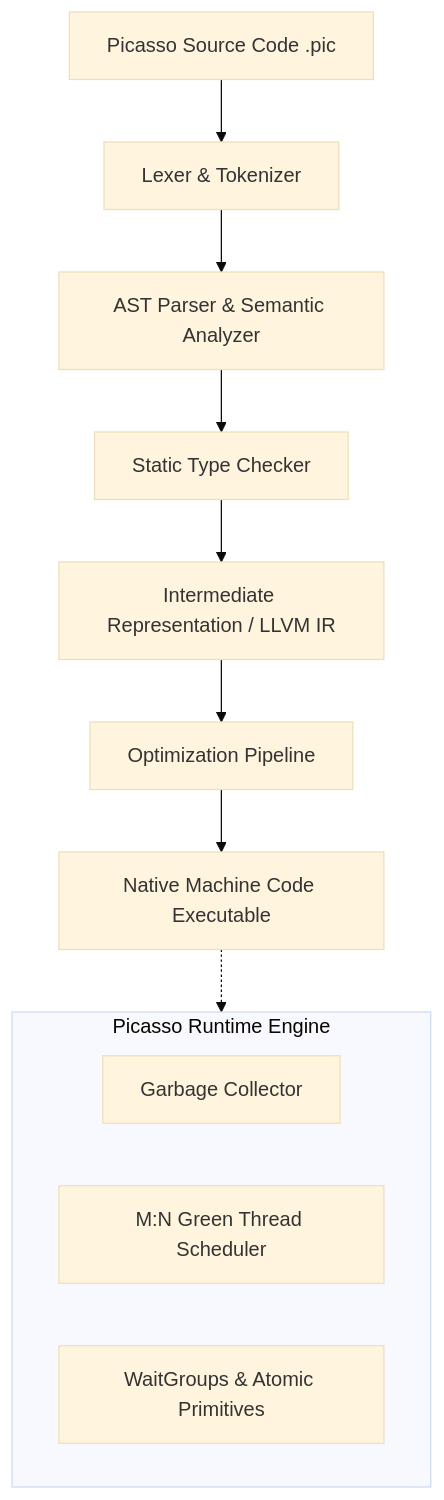
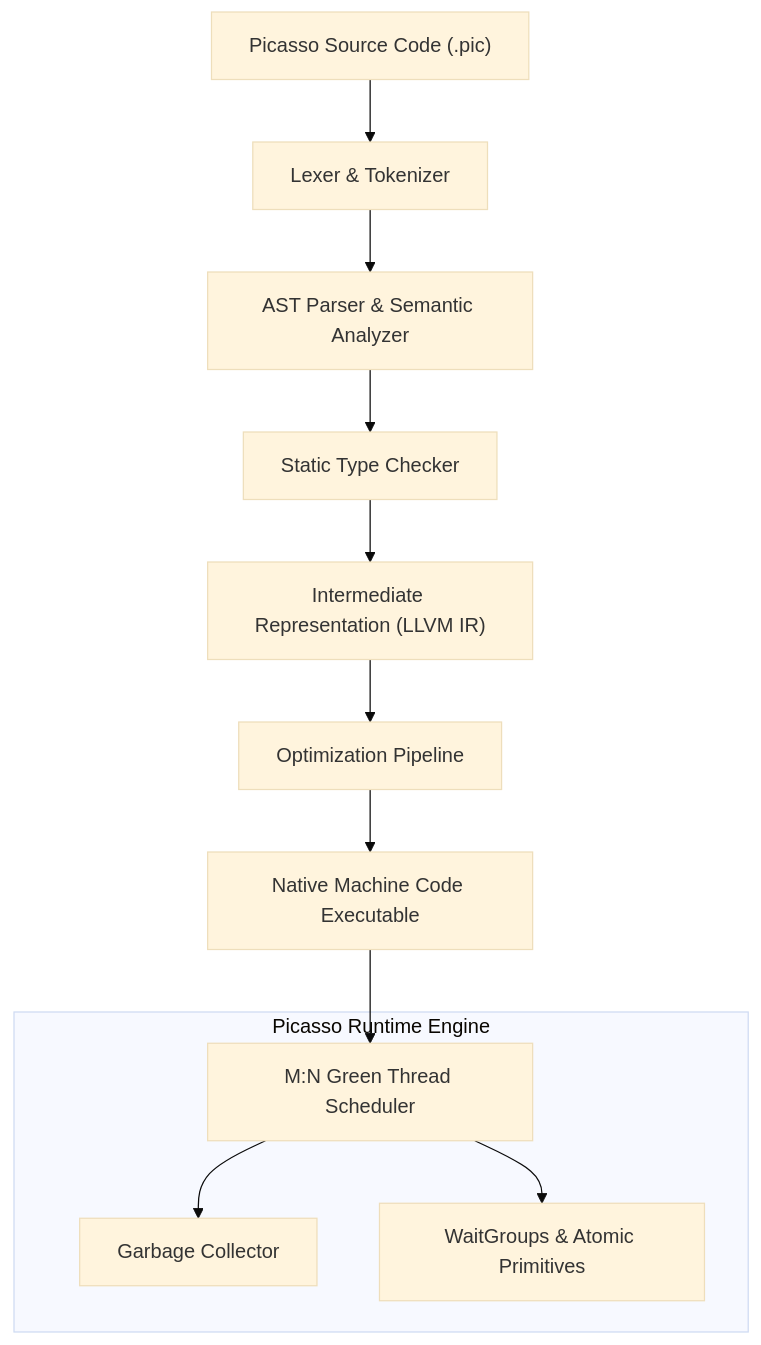
The diagram in content/projects/picasso.md (nagarajpoojari404/opennotes), drawn with Mermaid (base theme) before and after one commit. The commit also changed 9 other files, not shown here.

````diff
--- a/content/projects/picasso.md
+++ b/content/projects/picasso.md
@@ -20,17 +20,19 @@
 ```mermaid
 flowchart TD
-    Source[Picasso Source Code .pic] --> Lexer[Lexer & Tokenizer]
-    Lexer --> Parser[AST Parser & Semantic Analyzer]
-    Parser --> TypeCheck[Static Type Checker]
-    TypeCheck --> IR[Intermediate Representation / LLVM IR]
-    IR --> Opt[Optimization Pipeline]
-    Opt --> Native[Native Machine Code Executable]
+    Source["Picasso Source Code (.pic)"] --> Lexer["Lexer & Tokenizer"]
+    Lexer --> Parser["AST Parser & Semantic Analyzer"]
+    Parser --> TypeCheck["Static Type Checker"]
+    TypeCheck --> IR["Intermediate Representation (LLVM IR)"]
+    IR --> Opt["Optimization Pipeline"]
+    Opt --> Native["Native Machine Code Executable"]
     
-    subgraph Runtime [Picasso Runtime Engine]
-        GC[Garbage Collector]
-        Scheduler[M:N Green Thread Scheduler]
-        Sync[WaitGroups & Atomic Primitives]
+    subgraph Runtime["Picasso Runtime Engine"]
+        GC["Garbage Collector"]
+        Scheduler["M:N Green Thread Scheduler"]
+        Sync["WaitGroups & Atomic Primitives"]
     end
     
-    Native -.-> Runtime
+    Native --> Scheduler
+    Scheduler --> GC
+    Scheduler --> Sync
 ```
````
